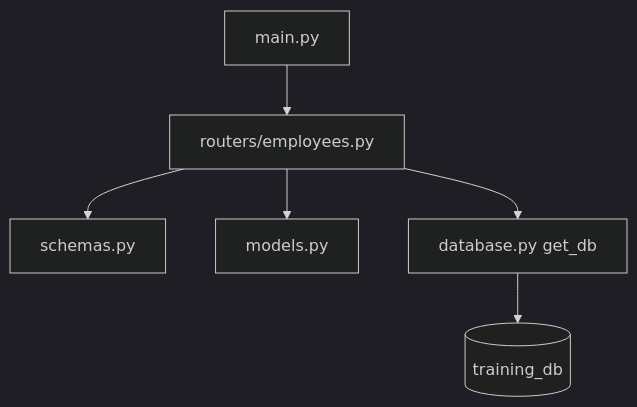
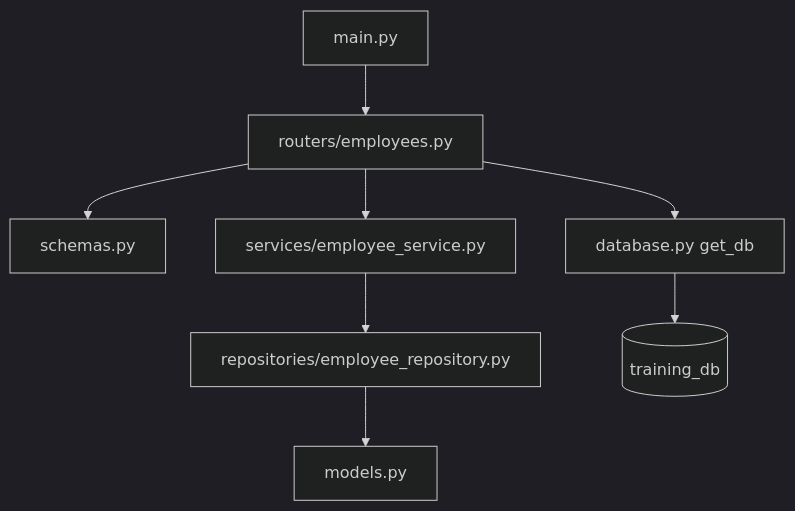
Before and after one commit to kyedumati/FS_MATERIAL_KASI: the diagram in PYTHON/17_FastAPI/07_Project_Structure.md, drawn with Mermaid (dark theme). The commit also changed other lines of this file and 133 other files, not shown here.

First line of the commit message:
FastAPI: teach router, service, and repository from Lesson 5 and rebuild the student PDFs.

````diff
--- a/PYTHON/17_FastAPI/07_Project_Structure.md
+++ b/PYTHON/17_FastAPI/07_Project_Structure.md
@@ -36,8 +40,10 @@
 ```mermaid
 flowchart TD
     main["main.py"] --> router["routers/employees.py"]
     router --> schemas["schemas.py"]
-    router --> models["models.py"]
+    router --> service["services/employee_service.py"]
+    service --> repo["repositories/employee_repository.py"]
+    repo --> models["models.py"]
     router --> db["database.py get_db"]
     db --> mysql[("training_db")]
 ```
````
